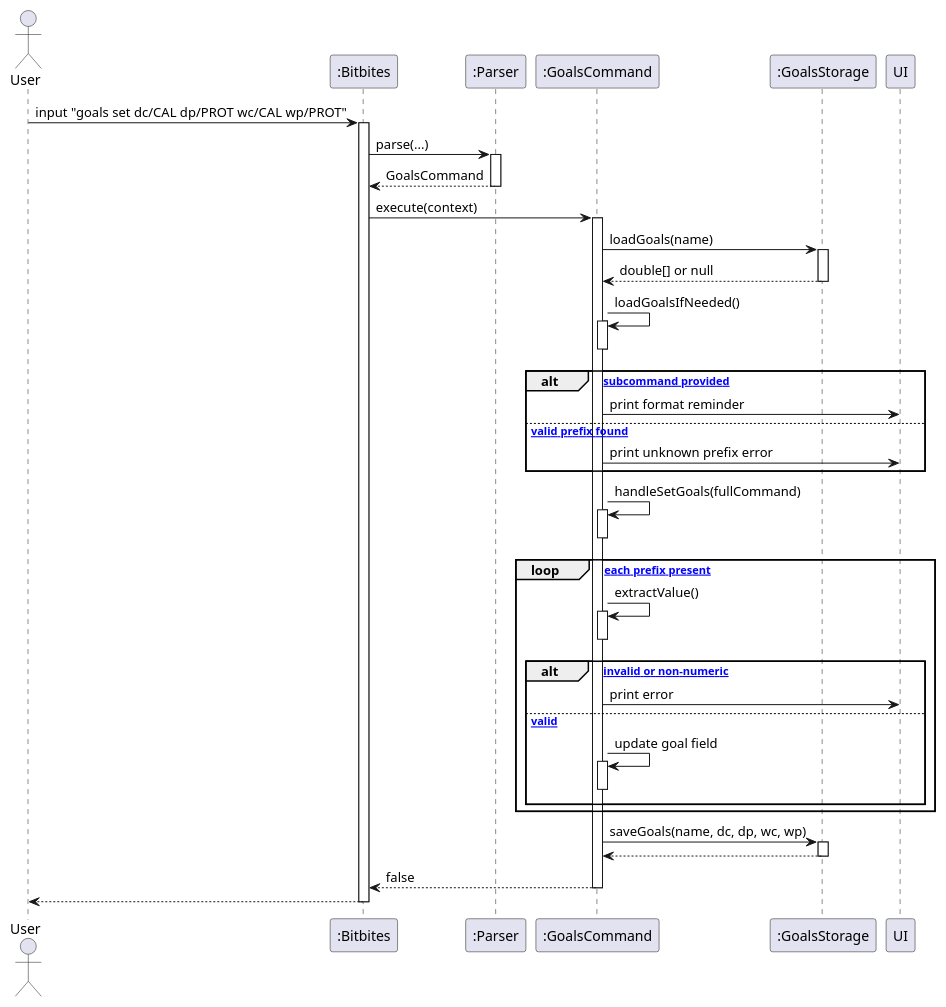
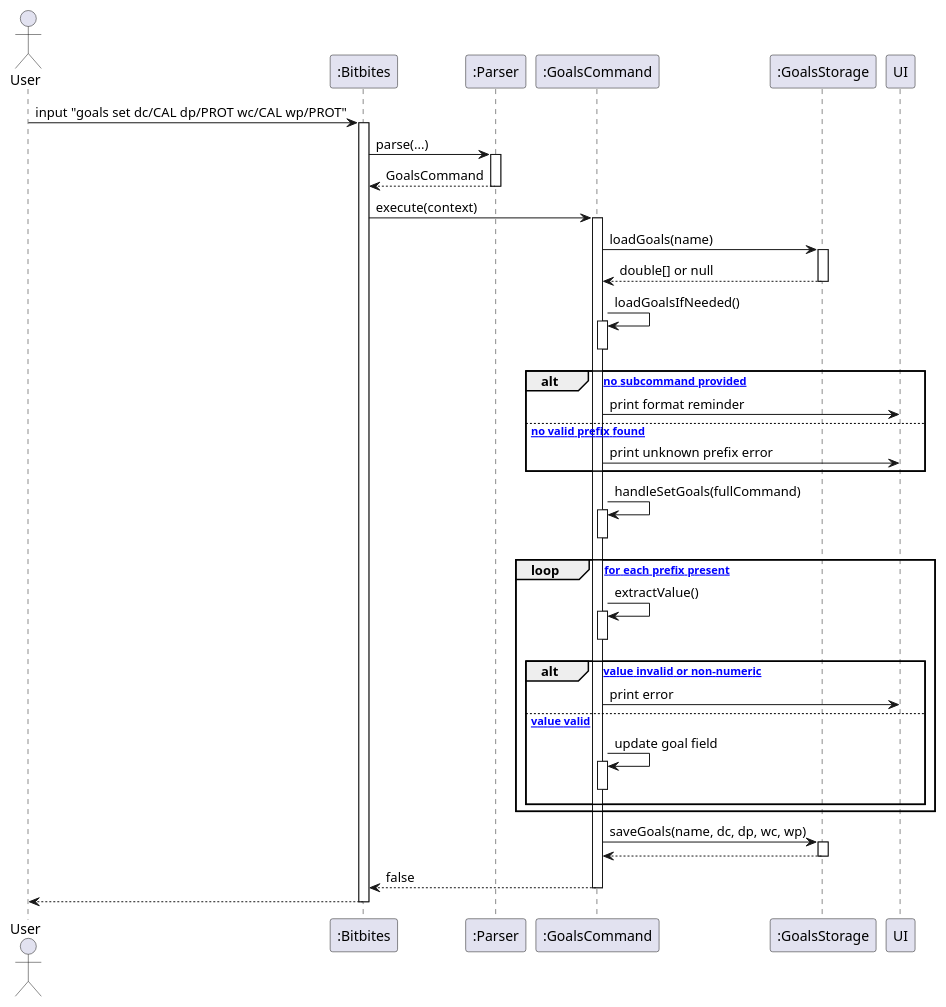
The diagram in docs/uml/goals_set.puml (AY2526S2-CS2113-F14-2/tp), drawn with PlantUML before and after one commit. The commit also changed 15 other files, not shown here.

```diff
--- a/docs/uml/goals_set.puml
+++ b/docs/uml/goals_set.puml
@@ -1,61 +1,61 @@
 @startuml
 actor User
 participant ":Bitbites" as Bitbites
 participant ":Parser" as Parser
 participant ":GoalsCommand" as GoalsCommand
 participant ":GoalsStorage" as GoalsStorage
 
 User -> Bitbites : input "goals set dc/CAL dp/PROT wc/CAL wp/PROT"
 activate Bitbites
 
 Bitbites -> Parser : parse(...)
 activate Parser
 Parser --> Bitbites : GoalsCommand
 deactivate Parser
 
 Bitbites -> GoalsCommand : execute(context)
 activate GoalsCommand
 
 GoalsCommand -> GoalsStorage : loadGoals(name)
 activate GoalsStorage
 GoalsStorage --> GoalsCommand : double[] or null
 deactivate GoalsStorage
 
 GoalsCommand -> GoalsCommand : loadGoalsIfNeeded()
 activate GoalsCommand
 deactivate GoalsCommand
 
-alt [no subcommand provided]
+alt [* no subcommand provided]
   GoalsCommand -> UI : print format reminder
-else [no valid prefix found]
+else [* no valid prefix found]
   GoalsCommand -> UI : print unknown prefix error
 end
 
 GoalsCommand -> GoalsCommand : handleSetGoals(fullCommand)
 activate GoalsCommand
 deactivate GoalsCommand
 
-loop [for each prefix present]
+loop [* for each prefix present]
   GoalsCommand -> GoalsCommand : extractValue()
   activate GoalsCommand
   deactivate GoalsCommand
-  alt [value invalid or non-numeric]
+  alt [* value invalid or non-numeric]
     GoalsCommand -> UI : print error
-  else [value valid]
+  else [* value valid]
     GoalsCommand -> GoalsCommand : update goal field
     activate GoalsCommand
     deactivate GoalsCommand
   end
 end
 
 GoalsCommand -> GoalsStorage : saveGoals(name, dc, dp, wc, wp)
 activate GoalsStorage
 GoalsStorage --> GoalsCommand
 deactivate GoalsStorage
 
 GoalsCommand --> Bitbites : false
 deactivate GoalsCommand
 
 Bitbites --> User
 deactivate Bitbites
 @enduml
```
